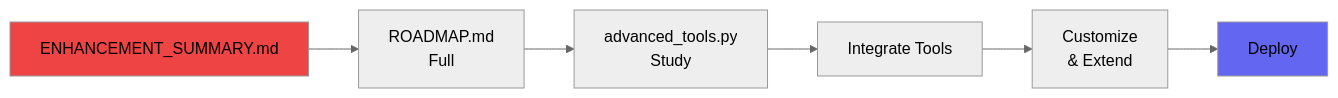
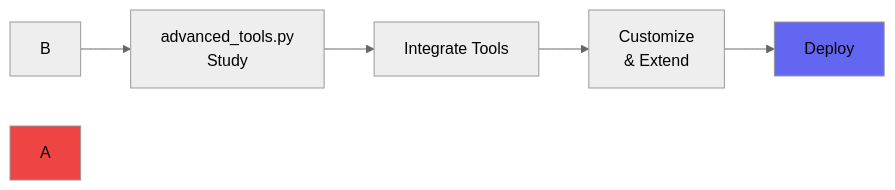
Before and after one commit to SkastVnT/AI-Assistant: the third of 3 diagrams in services/mcp-server/docs/INDEX.md, drawn with Mermaid (neutral theme). The commit also changed other lines of this file and 29 other files, not shown here.

````diff
--- a/services/mcp-server/docs/INDEX.md
+++ b/services/mcp-server/docs/INDEX.md
@@ -131,11 +125,10 @@
 ```mermaid
 graph LR
-    A[ENHANCEMENT_SUMMARY.md] --> B[ROADMAP.md<br/>Full]
     B --> C[advanced_tools.py<br/>Study]
     C --> D[Integrate Tools]
     D --> E[Customize<br/>& Extend]
     E --> F[Deploy]
     
     style A fill:#EF4444
     style F fill:#6366F1
 ```
````
